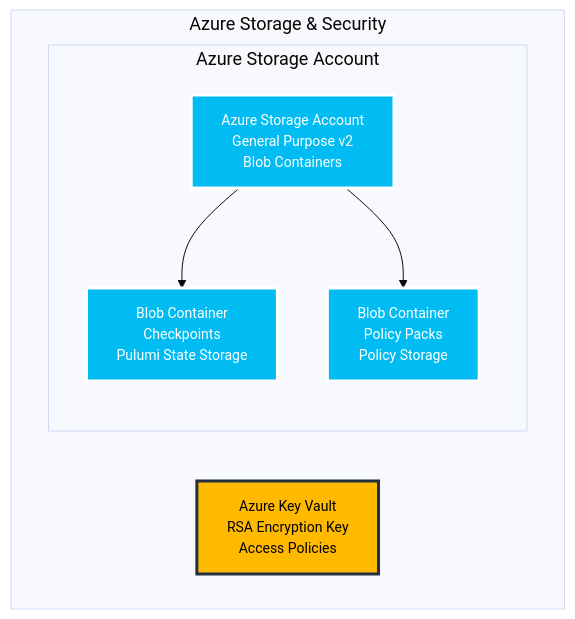
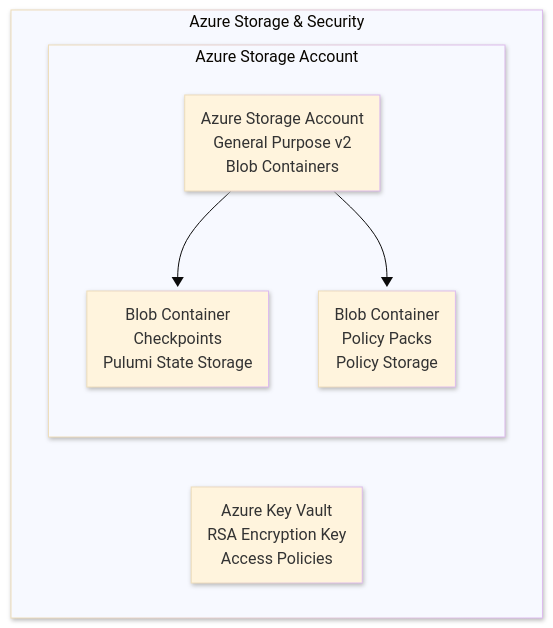
The diagram in aks-hosted/diagrams/03-storage-security.mmd (pulumi/pulumi-self-hosted-installers), drawn with Mermaid before and after one commit. The commit also changed 55 other files, not shown here.

```diff
--- a/aks-hosted/diagrams/03-storage-security.mmd
+++ b/aks-hosted/diagrams/03-storage-security.mmd
@@ -1,17 +1,21 @@
-%%{init: {'theme':'base', 'themeVariables': {'fontSize': '18px', 'fontFamily': 'Arial, sans-serif'}}}%%
+---
+config:
+  look: neo
+  theme: base
+---
 graph TD
-    classDef storage fill:#00BCF2,stroke:#FFFFFF,stroke-width:3px,color:#FFFFFF,font-size:14px
-    classDef security fill:#FFB900,stroke:#232F3E,stroke-width:3px,color:#000000,font-size:14px
+    classDef storage fill:#00BCF2,stroke:#FFFFFF,stroke-width:4px,color:#FFFFFF
+    classDef security fill:#FFB900,stroke:#f7bf2a,stroke-width:4px,color:#000000
     
     subgraph STORAGE["Azure Storage & Security"]
         subgraph BLOB["Azure Storage Account"]
-            STORAGE_ACCOUNT[Azure Storage Account<br/>General Purpose v2<br/>Blob Containers]:::storage
-            CHECKPOINT_CONTAINER[Blob Container<br/>Checkpoints<br/>Pulumi State Storage]:::storage
-            POLICY_CONTAINER[Blob Container<br/>Policy Packs<br/>Policy Storage]:::storage
+            STORAGE_ACCOUNT[Azure Storage Account<br/>General Purpose v2<br/>Blob Containers]:::azureStorage
+            CHECKPOINT_CONTAINER[Blob Container<br/>Checkpoints<br/>Pulumi State Storage]:::azureStorage
+            POLICY_CONTAINER[Blob Container<br/>Policy Packs<br/>Policy Storage]:::azureStorage
         end
         
-        KEY_VAULT[Azure Key Vault<br/>RSA Encryption Key<br/>Access Policies]:::security
+        KEY_VAULT[Azure Key Vault<br/>RSA Encryption Key<br/>Access Policies]:::azureSecure
     end
     
     STORAGE_ACCOUNT --> CHECKPOINT_CONTAINER
     STORAGE_ACCOUNT --> POLICY_CONTAINER
```
